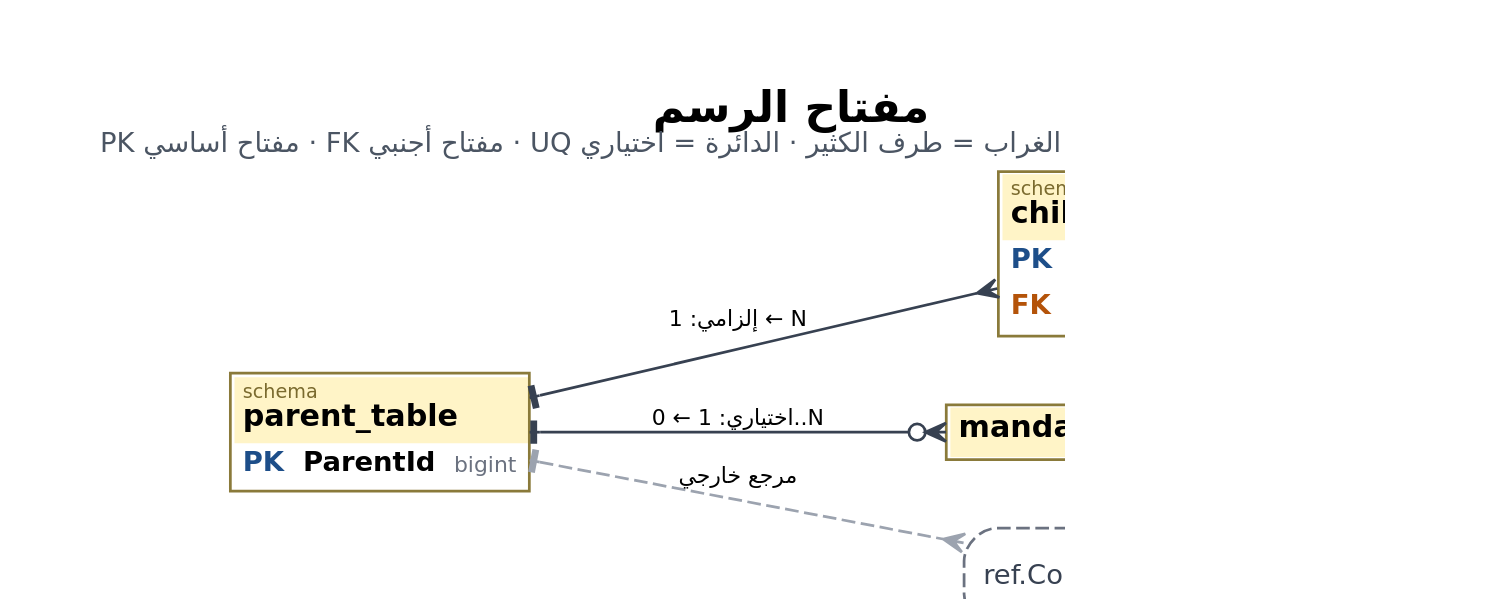
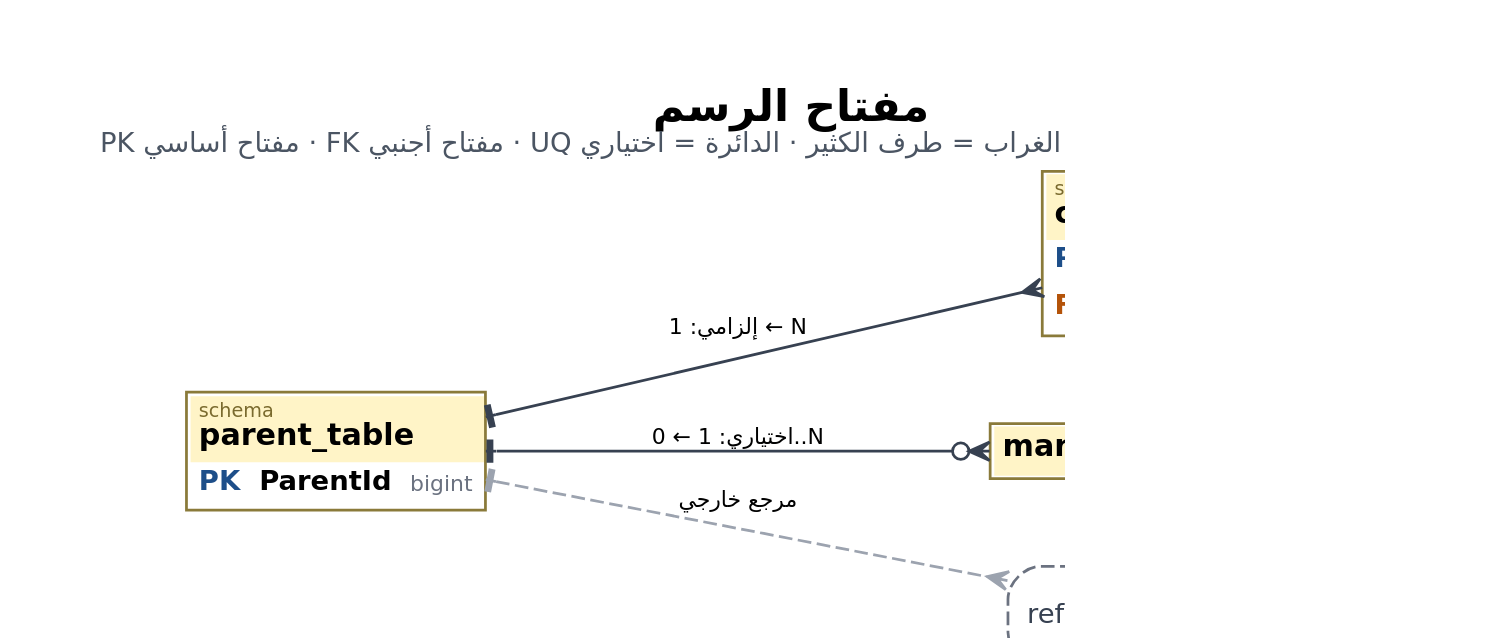
The diagram in treasury-platform/docs/diagrams/pro/src/legend.dot (thawrasy/smartlines), drawn with Graphviz before and after one commit. The commit also changed 72 other files, not shown here.

First line of the commit message:
WIP: layered orthogonal ERD layout with row ports (professional diagrams)

```diff
--- a/treasury-platform/docs/diagrams/pro/src/legend.dot
+++ b/treasury-platform/docs/diagrams/pro/src/legend.dot
@@ -1,12 +1,12 @@
 digraph G {
-  graph [fontname="DejaVu Sans", label=<<B><FONT POINT-SIZE="16">مفتاح الرسم</FONT></B><BR/><FONT POINT-SIZE="10" COLOR="#4B5563">PK مفتاح أساسي · FK مفتاح أجنبي · UQ فريد · الشرطة = طرف الواحد · قدم الغراب = طرف الكثير · الدائرة = اختياري</FONT>>, labelloc=t, rankdir=LR, splines=true, nodesep=0.35, ranksep=1.25, pad=0.35, bgcolor="white", dpi=110];
+  graph [fontname="DejaVu Sans", label=<<B><FONT POINT-SIZE="16">مفتاح الرسم</FONT></B><BR/><FONT POINT-SIZE="10" COLOR="#4B5563">PK مفتاح أساسي · FK مفتاح أجنبي · UQ فريد · الشرطة = طرف الواحد · قدم الغراب = طرف الكثير · الدائرة = اختياري</FONT>>, labelloc=t, rankdir=LR, splines=spline, nodesep=0.45, ranksep=1.7, pad=0.35, bgcolor="white", dpi=110];
   node [fontname="DejaVu Sans", fontsize=10];
   edge [fontname="DejaVu Sans", fontsize=8, color="#374151", arrowsize=0.75];
   parent [shape=plain, label=<<TABLE BORDER="1" COLOR="#8A7A3A" CELLBORDER="0" CELLSPACING="0" CELLPADDING="3" BGCOLOR="white"><TR><TD COLSPAN="3" BGCOLOR="#FFF4C7" ALIGN="LEFT"><FONT POINT-SIZE="7" COLOR="#7A6A2E">schema</FONT><BR ALIGN="LEFT"/><FONT POINT-SIZE="11"><B>parent_table</B></FONT></TD></TR><TR><TD ALIGN="LEFT"><FONT COLOR="#1D4E89"><B>PK</B></FONT></TD><TD ALIGN="LEFT"><B>ParentId</B></TD><TD ALIGN="RIGHT"><FONT COLOR="#6B7280" POINT-SIZE="8">bigint</FONT></TD></TR></TABLE>>];
   child [shape=plain, label=<<TABLE BORDER="1" COLOR="#8A7A3A" CELLBORDER="0" CELLSPACING="0" CELLPADDING="3" BGCOLOR="white"><TR><TD COLSPAN="3" BGCOLOR="#FFF4C7" ALIGN="LEFT"><FONT POINT-SIZE="7" COLOR="#7A6A2E">schema</FONT><BR ALIGN="LEFT"/><FONT POINT-SIZE="11"><B>child_table</B></FONT></TD></TR><TR><TD ALIGN="LEFT"><FONT COLOR="#1D4E89"><B>PK</B></FONT></TD><TD ALIGN="LEFT"><B>ChildId</B></TD><TD ALIGN="RIGHT"><FONT COLOR="#6B7280" POINT-SIZE="8">bigint</FONT></TD></TR><TR><TD ALIGN="LEFT"><FONT COLOR="#B45309"><B>FK</B></FONT></TD><TD ALIGN="LEFT"><B>ParentId</B></TD><TD ALIGN="RIGHT"><FONT COLOR="#6B7280" POINT-SIZE="8">bigint</FONT></TD></TR></TABLE>>];
   opt [shape=plain, label=<<TABLE BORDER="1" COLOR="#8A7A3A" CELLBORDER="0" CELLSPACING="0" CELLPADDING="3" BGCOLOR="white"><TR><TD BGCOLOR="#FFF4C7" ALIGN="LEFT"><FONT POINT-SIZE="11"><B>mandatory vs optional</B></FONT></TD></TR></TABLE>>];
   stub [shape=box, style="rounded,dashed", color="#6B7280", fontcolor="#374151", label="ref.Country (خارج الصورة)"];
   parent -> child [dir=both, arrowtail=tee, arrowhead=crow, label="إلزامي: 1 ← N"];
   parent -> opt [dir=both, arrowtail=tee, arrowhead=crowodot, label="اختياري: 1 ← 0..N"];
   parent -> stub [dir=both, arrowtail=tee, arrowhead=crow, style=dashed, color="#9CA3AF", label="مرجع خارجي"];
 }
```
